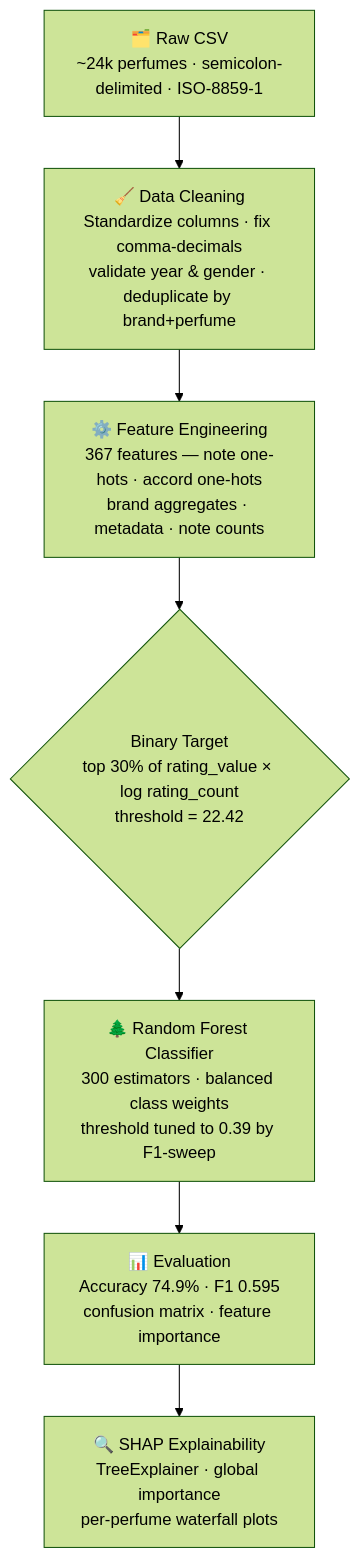
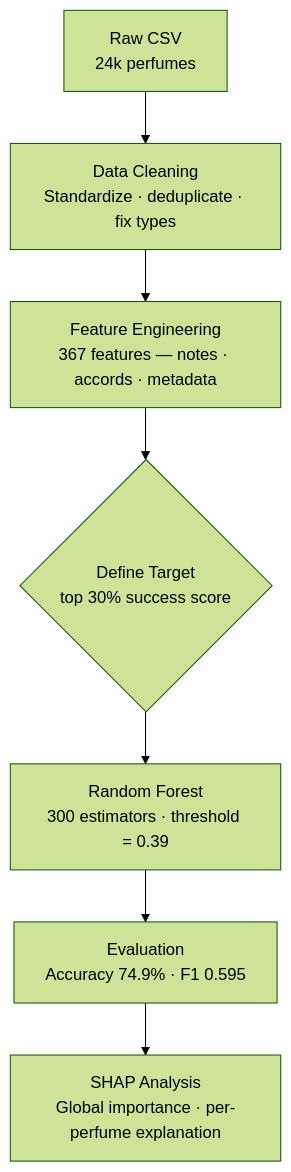
Before and after one commit to sworaj42/olfactory-intelligence: the diagram in README.md, drawn with Mermaid (forest theme).

Commit message:
zRead ME

````diff
--- a/README.md
+++ b/README.md
@@ -67,10 +67,9 @@
 ```mermaid
 flowchart TD
-    A[🗂️ Raw CSV\n~24k perfumes · semicolon-delimited · ISO-8859-1] 
-    --> B[🧹 Data Cleaning\nStandardize columns · fix comma-decimals\nvalidate year & gender · deduplicate by brand+perfume]
-    --> C[⚙️ Feature Engineering\n367 features — note one-hots · accord one-hots\nbrand aggregates · metadata · note counts]
-    --> D{Binary Target\ntop 30% of rating_value × log rating_count\nthreshold = 22.42}
-    --> E[🌲 Random Forest Classifier\n300 estimators · balanced class weights\nthreshold tuned to 0.39 by F1-sweep]
-    --> F[📊 Evaluation\nAccuracy 74.9% · F1 0.595\nconfusion matrix · feature importance]
-    --> G[🔍 SHAP Explainability\nTreeExplainer · global importance\nper-perfume waterfall plots]
+    A[Raw CSV\n24k perfumes] --> B[Data Cleaning\nStandardize · deduplicate · fix types]
+    B --> C[Feature Engineering\n367 features — notes · accords · metadata]
+    C --> D{Define Target\ntop 30% success score}
+    D --> E[Random Forest\n300 estimators · threshold = 0.39]
+    E --> F[Evaluation\nAccuracy 74.9% · F1 0.595]
+    F --> G[SHAP Analysis\nGlobal importance · per-perfume explanation]
 ```
````
